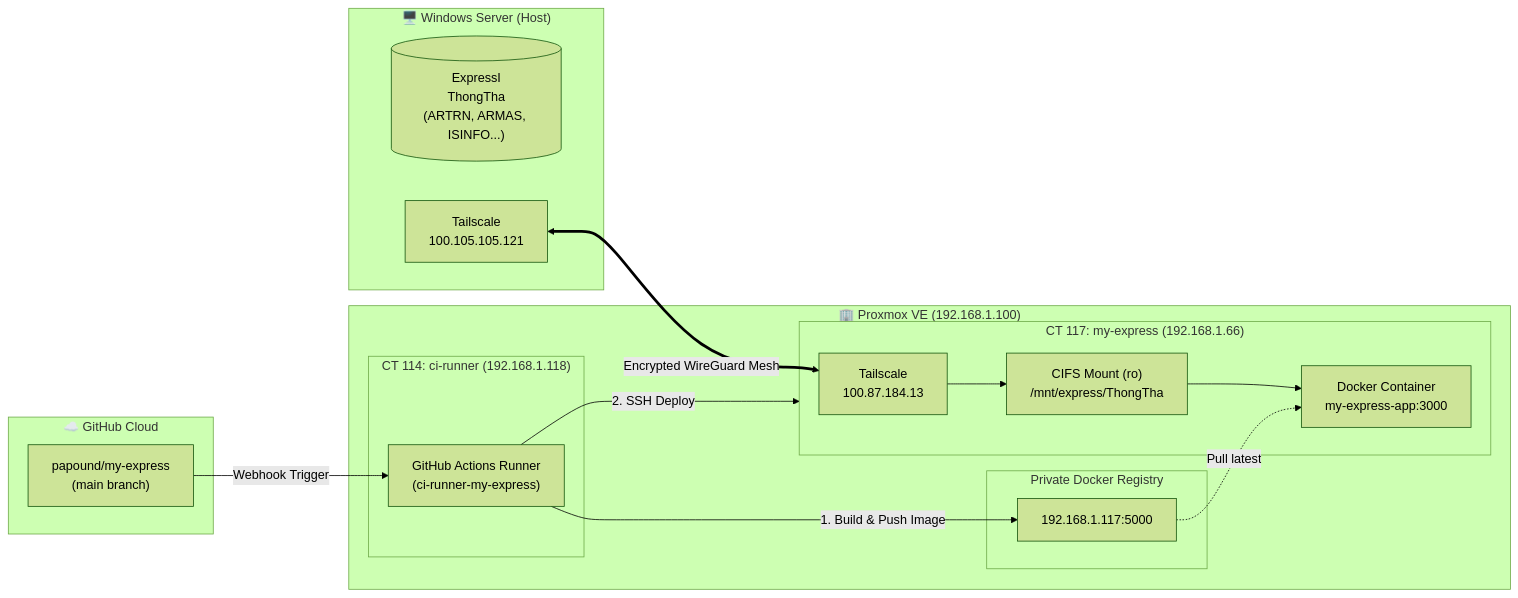
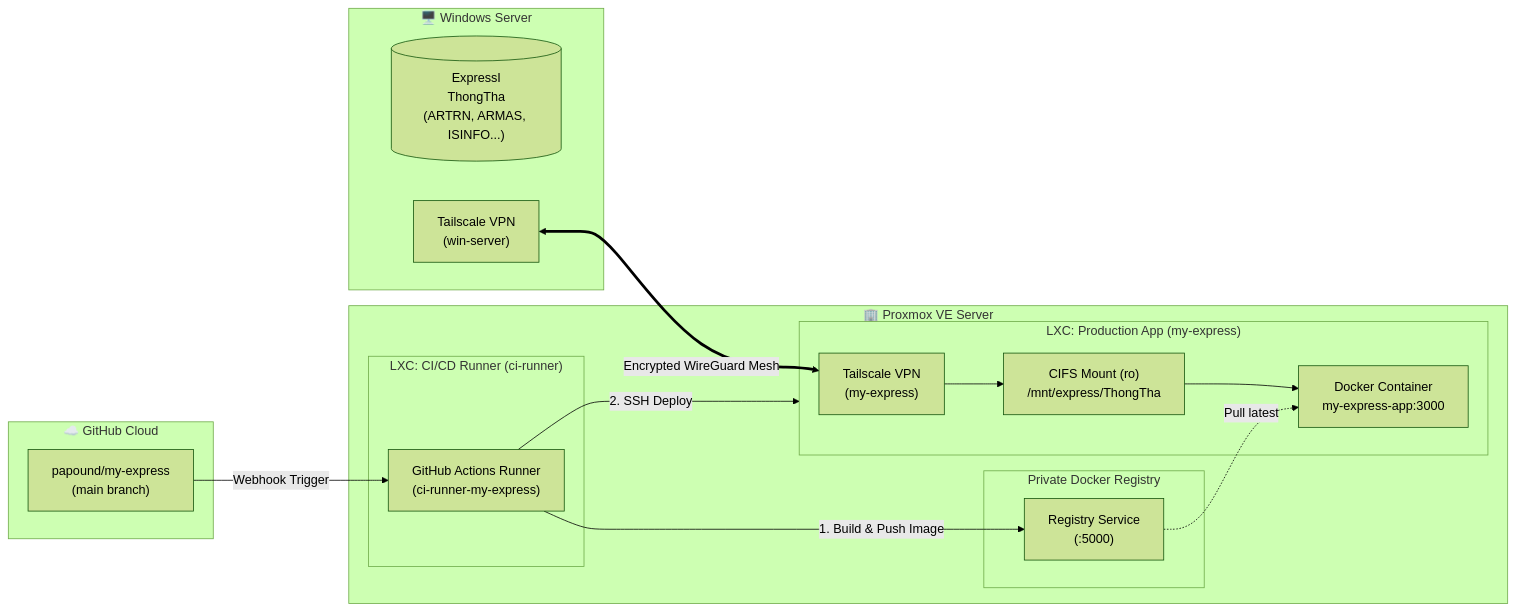
Before and after one commit to papound/my-express: the diagram in README.md, drawn with Mermaid (forest theme). The commit also changed other lines of this file, not shown here.

Commit message:
docs: sanitize and remove real IP addresses from README diagram and documentation

````diff
--- a/README.md
+++ b/README.md
@@ -42,35 +42,35 @@
 ```mermaid
 flowchart LR
-    subgraph WindowsServer ["🖥️ Windows Server (Host)"]
+    subgraph WindowsServer ["🖥️ Windows Server"]
         ExpDB[("ExpressI\nThongTha\n(ARTRN, ARMAS, ISINFO...)")]
-        TS_Win["Tailscale\n100.105.105.121"]
+        TS_Win["Tailscale VPN\n(win-server)"]
     end
 
-    subgraph ProxmoxVE ["🏢 Proxmox VE (192.168.1.100)"]
-        subgraph CT117 ["CT 117: my-express (192.168.1.66)"]
-            TS_CT["Tailscale\n100.87.184.13"]
+    subgraph ProxmoxVE ["🏢 Proxmox VE Server"]
+        subgraph CT117 ["LXC: Production App (my-express)"]
+            TS_CT["Tailscale VPN\n(my-express)"]
             CIFS["CIFS Mount (ro)\n/mnt/express/ThongTha"]
             AppCont["Docker Container\nmy-express-app:3000"]
         end
 
-        subgraph CT114 ["CT 114: ci-runner (192.168.1.118)"]
+        subgraph CT114 ["LXC: CI/CD Runner (ci-runner)"]
             GHRunner["GitHub Actions Runner\n(ci-runner-my-express)"]
         end
 
         subgraph Registry ["Private Docker Registry"]
-            PReg["192.168.1.117:5000"]
+            PReg["Registry Service\n(:5000)"]
         end
     end
 
     subgraph GitHub ["☁️ GitHub Cloud"]
         Repo["papound/my-express\n(main branch)"]
     end
 
     %% Network links
     TS_Win <== "Encrypted WireGuard Mesh" ==> TS_CT
     TS_CT --> CIFS --> AppCont
     Repo -- "Webhook Trigger" --> GHRunner
     GHRunner -- "1. Build & Push Image" --> PReg
     GHRunner -- "2. SSH Deploy" --> CT117
     PReg -. "Pull latest" .-> AppCont
 ```
````
